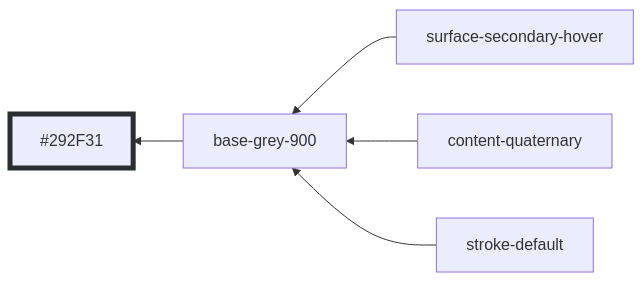
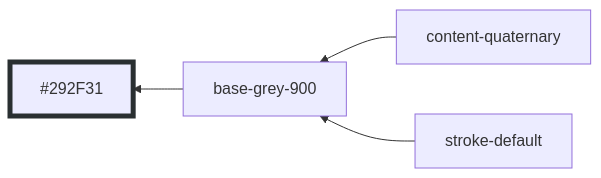
One commit to oxidecomputer/console changed diagram 25 of 30 in libs/ui/styles/themes/operator-mode.md. Above: the diagram before and after it, drawn with Mermaid. The commit also changed other lines of this file and 4 other files, not shown here.

````diff
--- a/libs/ui/styles/themes/operator-mode.md
+++ b/libs/ui/styles/themes/operator-mode.md
@@ -317,9 +317,8 @@
 ```mermaid
 graph RL
   base-grey-900 --> #292F31:::base-grey-900
-  surface-secondary-hover --> base-grey-900
   content-quaternary --> base-grey-900
   stroke-default --> base-grey-900
 
   classDef base-grey-900 stroke-width:5,stroke:#292F31
 ```
````
